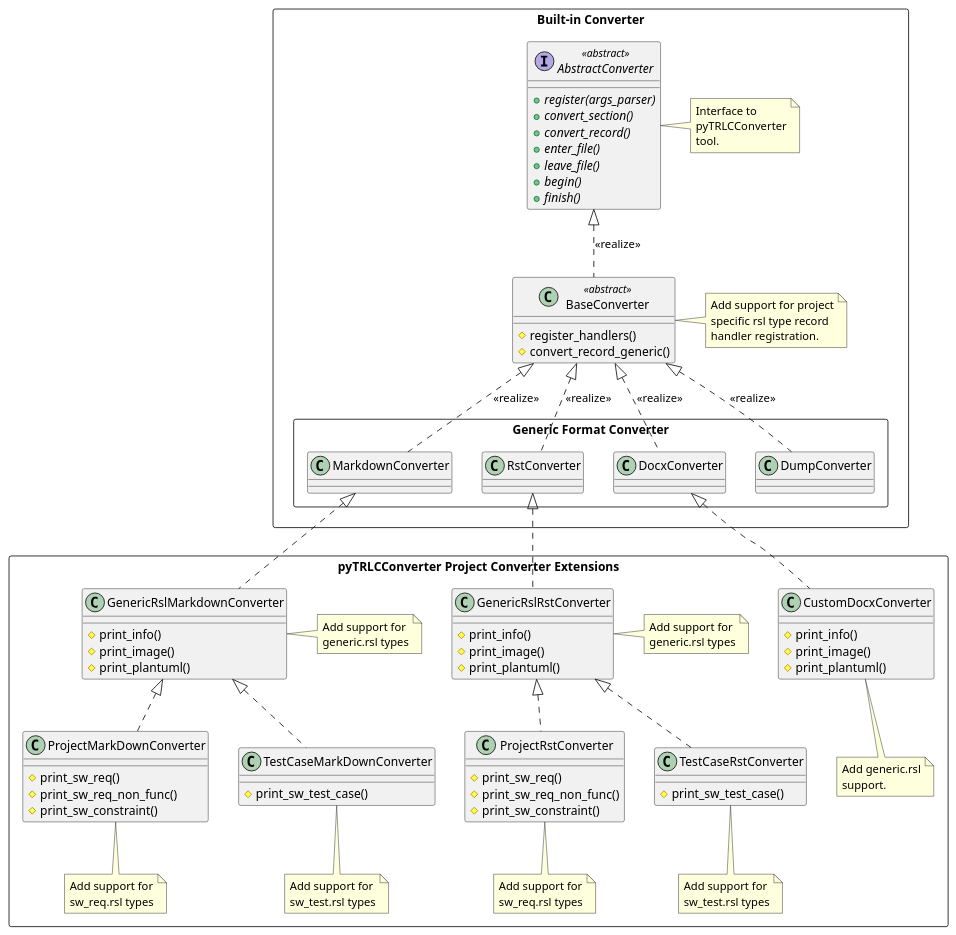
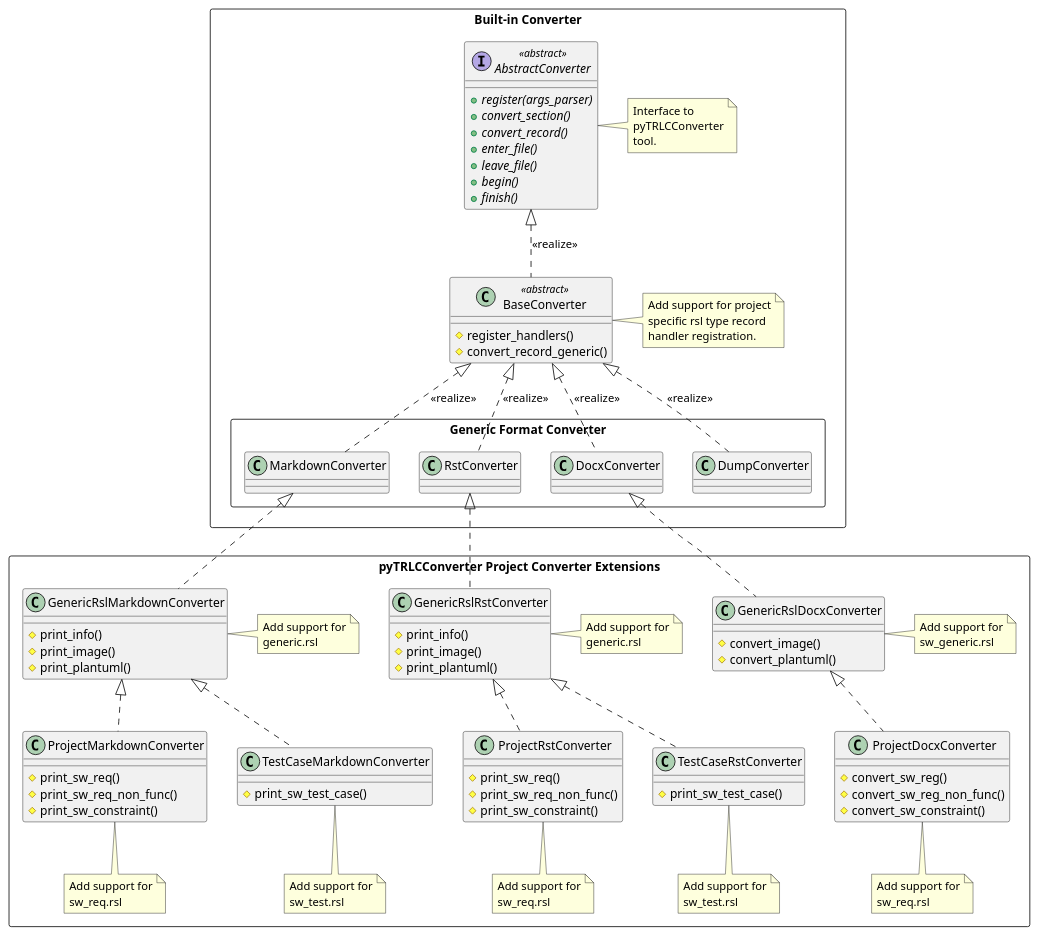
Before and after one commit to nhjschulz/pyTRLCConverter: the diagram in tools/ProjectConverter/project_converter_class_diagram.puml, drawn with PlantUML. The commit also changed 3 other files, not shown here.

First line of the commit message:
Align project docx converters to others

```diff
--- a/tools/ProjectConverter/project_converter_class_diagram.puml
+++ b/tools/ProjectConverter/project_converter_class_diagram.puml
@@ -1,139 +1,149 @@
 @startuml Project converter class_diagram
 
 
 rectangle "Built-in Converter" {
 
     interface AbstractConverter <<abstract>>{
         + {abstract} register(args_parser)
         + {abstract} convert_section()
         + {abstract} convert_record()
         + {abstract} enter_file()
         + {abstract} leave_file()
         + {abstract} begin()
         + {abstract} finish()
 
     }
 
     note right of AbstractConverter 
         Interface to 
         pyTRLCConverter
         tool.
     endnote
 
     class BaseConverter <<abstract>> {
         # register_handlers()
         # convert_record_generic()
     }
     
     note right of BaseConverter
         Add support for project
         specific rsl type record
         handler registration.
     endnote
 
     Rectangle "Generic Format Converter" {
         class MarkdownConverter {
         }
 
         class RstConverter {
         }
 
         class DocxConverter {
         }
         
         class DumpConverter {
         }
     }
 }
 
 AbstractConverter <|.. BaseConverter: <<realize>>
 BaseConverter <|.. MarkdownConverter: <<realize>>
 BaseConverter <|.. RstConverter: <<realize>>
 BaseConverter <|.. DocxConverter: <<realize>>
 BaseConverter <|.. DumpConverter: <<realize>>
 
 rectangle "pyTRLCConverter Project Converter Extensions" {
     class GenericRslMarkdownConverter {
         # print_info()
         # print_image()
         # print_plantuml()
     }
 
     note right of GenericRslMarkdownConverter
         Add support for
-        generic.rsl types
+        generic.rsl
     endnote
 
     class GenericRslRstConverter {
         # print_info()
         # print_image()
         # print_plantuml()
     }
 
     note right of GenericRslRstConverter
         Add support for
-        generic.rsl types
+        generic.rsl
     endnote
 
-    class ProjectMarkDownConverter {
+    class GenericRslDocxConverter {
+        # convert_image()
+        # convert_plantuml()
+    }
+
+    note right of GenericRslDocxConverter
+        Add support for
+        sw_generic.rsl
+    endnote 
+
+    class ProjectMarkdownConverter {
         # print_sw_req()
         # print_sw_req_non_func()
         # print_sw_constraint()
     }
 
-
-    note bottom of ProjectMarkDownConverter
+    note bottom of ProjectMarkdownConverter
         Add support for
-        sw_req.rsl types
+        sw_req.rsl
     endnote 
 
-    class TestCaseMarkDownConverter {
+    class TestCaseMarkdownConverter {
         # print_sw_test_case()
     }
 
-    note bottom of TestCaseMarkDownConverter
+    note bottom of TestCaseMarkdownConverter
         Add support for
-        sw_test.rsl types
+        sw_test.rsl
     endnote 
 
     class ProjectRstConverter {
         # print_sw_req()
         # print_sw_req_non_func()
         # print_sw_constraint()
     }
 
-
     note bottom of ProjectRstConverter
         Add support for
-        sw_req.rsl types
+        sw_req.rsl
     endnote 
 
     class TestCaseRstConverter {
         # print_sw_test_case()
     }
     
     note bottom of TestCaseRstConverter
         Add support for
-        sw_test.rsl types
+        sw_test.rsl
     endnote 
-    class CustomDocxConverter {
-        # print_info()
-        # print_image()
-        # print_plantuml()
+
+    class ProjectDocxConverter {
+        # convert_sw_reg()
+        # convert_sw_reg_non_func()
+        # convert_sw_constraint()
     }
 
-    note bottom of CustomDocxConverter
-        Add generic.rsl
-        support.
+    note bottom of ProjectDocxConverter
+        Add support for
+        sw_req.rsl
     endnote
 }
 
 MarkdownConverter <|.. GenericRslMarkdownConverter
 RstConverter <|.. GenericRslRstConverter
+DocxConverter <|.. GenericRslDocxConverter
 
-GenericRslMarkdownConverter <|.. ProjectMarkDownConverter
-GenericRslMarkdownConverter <|.. TestCaseMarkDownConverter
+GenericRslMarkdownConverter <|.. ProjectMarkdownConverter
+GenericRslMarkdownConverter <|.. TestCaseMarkdownConverter
 GenericRslRstConverter <|.. ProjectRstConverter
 GenericRslRstConverter <|.. TestCaseRstConverter
-DocxConverter <|.. CustomDocxConverter
+GenericRslDocxConverter <|.. ProjectDocxConverter
 @enduml
```
